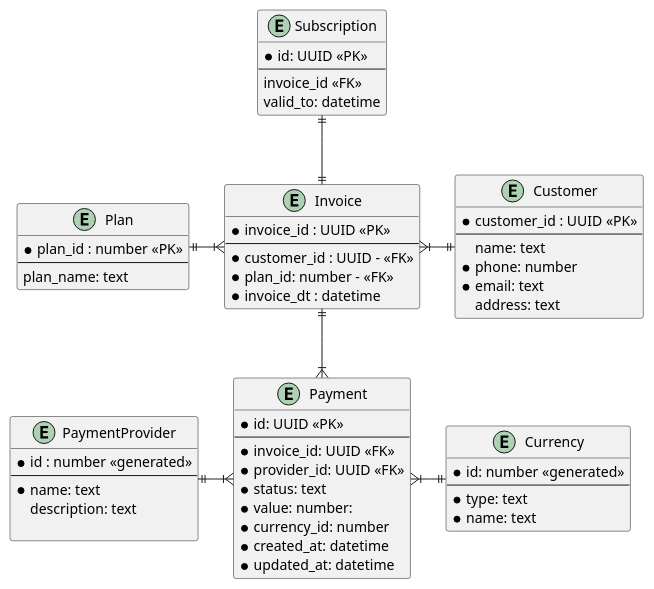
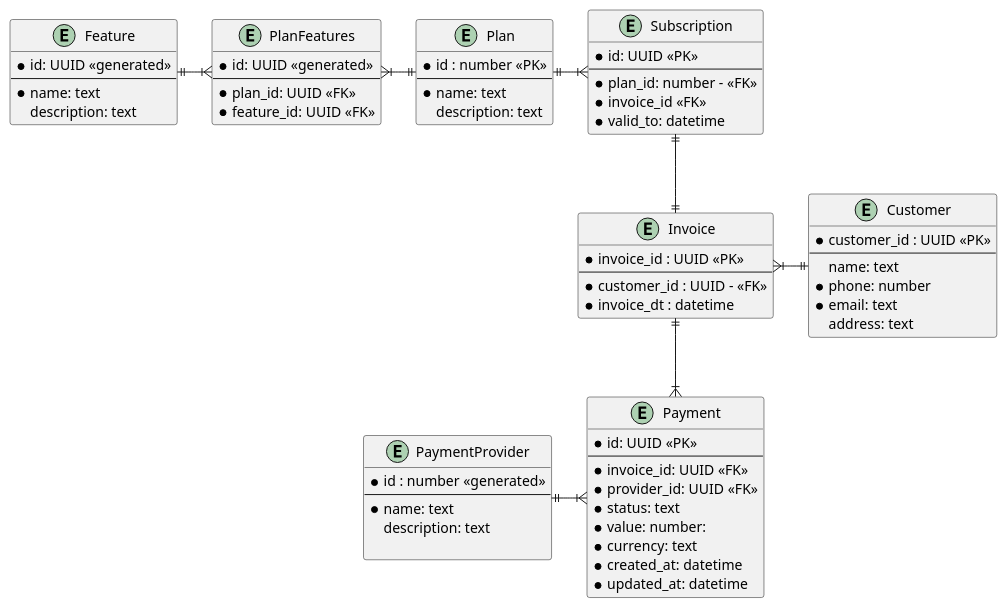
The diagram in architecture/db_entities.puml (AlexanderZharyuk/billing-service), drawn with PlantUML before and after one commit.

```diff
--- a/architecture/db_entities.puml
+++ b/architecture/db_entities.puml
@@ -1,81 +1,101 @@
 @startuml
 ' hide the spot
 ' hide circle
 skinparam linetype ortho
 
 entity "Invoice" as invoice {
   *invoice_id : UUID <<PK>>
   --
   *customer_id : UUID - <<FK>>
-  *plan_id: number - <<FK>>
   *invoice_dt : datetime
 }
 
 entity "Subscription" as subscription {
   *id: UUID <<PK>>
   --
-  invoice_id <<FK>>
-  valid_to: datetime
+  *plan_id: number - <<FK>>
+  *invoice_id <<FK>>
+  *valid_to: datetime
 }
 
 entity "Plan" as plan {
-  *plan_id : number <<PK>>
+  *id : number <<PK>>
   --
-  plan_name: text
+  *name: text
+  description: text
 }
 
 entity "Customer" as customer {
   *customer_id : UUID <<PK>>
   --
   name: text
   *phone: number
   *email: text
   address: text
 }
 
 
 entity "Payment" as payment {
   *id: UUID <<PK>>
   --
   *invoice_id: UUID <<FK>>
   *provider_id: UUID <<FK>>
   *status: text
   *value: number:
-  *currency_id: number 
+  *currency: text
   *created_at: datetime
   *updated_at: datetime
 }
 
 
 entity "PaymentProvider" as provider {
   *id : number <<generated>>
   --
   *name: text
   description: text
   
 }
 
+/'
 entity "Currency" as currency{
   *id: number <<generated>>
   --
   *type: text
   *name: text
+}
+'/
+
+entity "Feature" as feature{
+  *id: UUID <<generated>>
+  --
+  *name: text
+  description: text
+}
+
+
+entity "PlanFeatures" as plan_features {
+  *id: UUID <<generated>>
+  --
+  *plan_id: UUID <<FK>>
+  *feature_id: UUID <<FK>>
 }
 
 /'
 entity "Receipt" as receipt {
   *id: UUID <<generated>>
   --
   *payment_id: UUID <<FK>>
   
 }
 '/
 
 invoice ||-up-|| subscription
-invoice }|-left-|| plan
+subscription }|-left-|| plan
 invoice }|-right-|| customer
 invoice ||--|{ payment
 payment }|-left-|| provider
-payment }|-right-|| currency
+/' payment }|-right-|| currency '/
+plan ||-left-|{ plan_features
+plan_features }|-left-|| feature   
 /' payment ||--|| receipt '/
 @enduml
```
